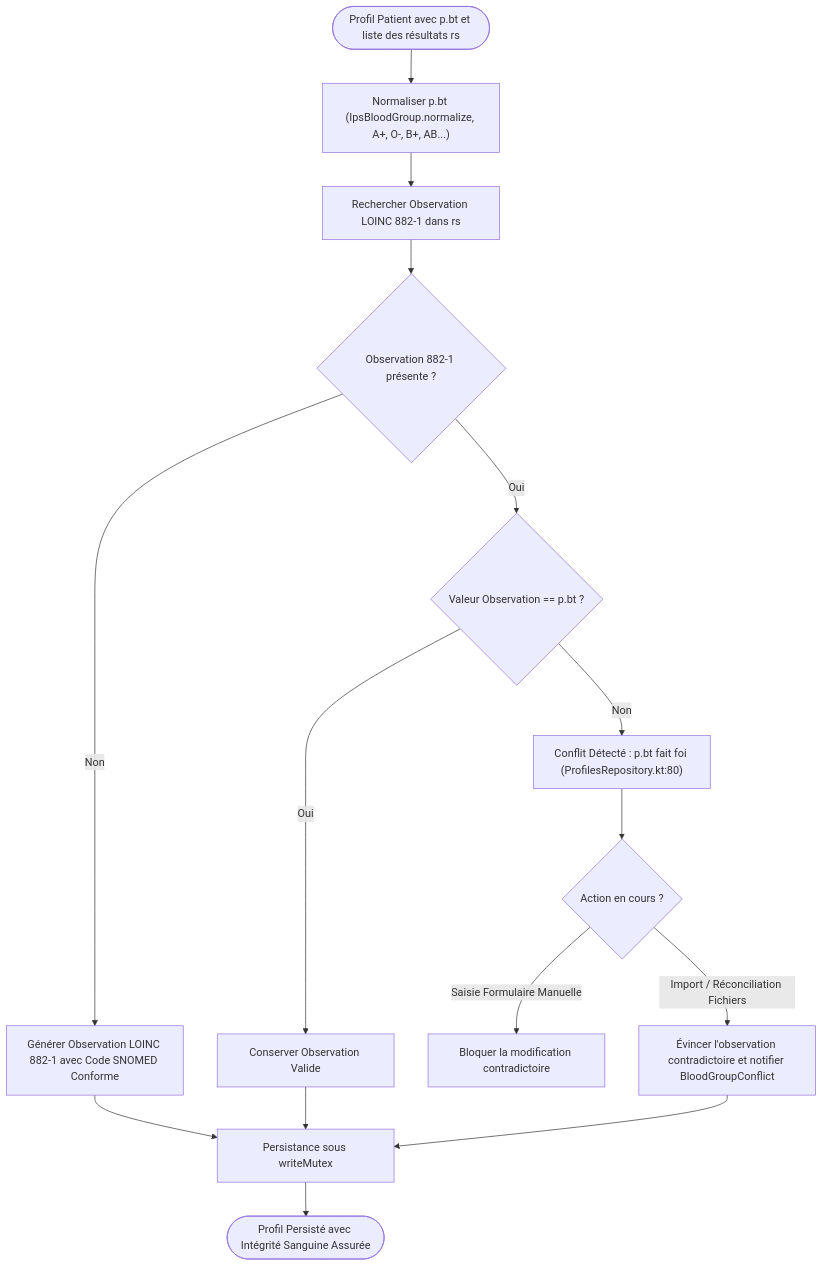
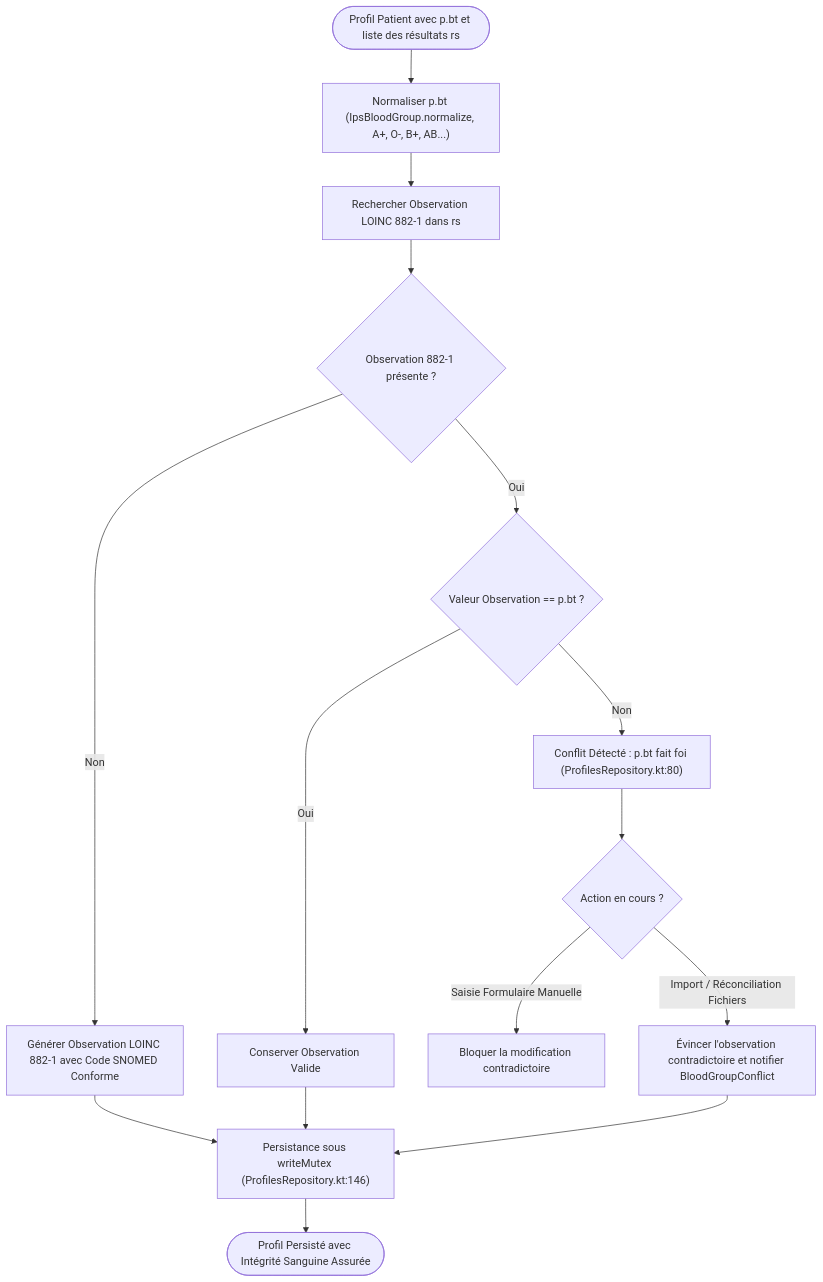
One commit to kurodohenroonsen/JemmaPass changed diagram 21 of 21 in docs/DOCUMENTATION_UML_FONCTIONNELLE.md. Above: the diagram before and after it, drawn with Mermaid. The commit also changed other lines of this file and 1 other file, not shown here.

````diff
--- a/docs/DOCUMENTATION_UML_FONCTIONNELLE.md
+++ b/docs/DOCUMENTATION_UML_FONCTIONNELLE.md
@@ -905,21 +908,21 @@
 ```mermaid
 flowchart TD
     Start(["Profil Patient avec p.bt et liste des résultats rs"]) --> NormBT["Normaliser p.bt (IpsBloodGroup.normalize, A+, O-, B+, AB...)"]
     NormBT --> ScanObs["Rechercher Observation LOINC 882-1 dans rs"]
     
     ScanObs --> ObsPresent{"Observation 882-1 présente ?"}
     ObsPresent -- Non --> GenerateObs["Générer Observation LOINC 882-1 avec Code SNOMED Conforme"]
     
     ObsPresent -- Oui --> Compare{"Valeur Observation == p.bt ?"}
     Compare -- Oui --> Consistent["Conserver Observation Valide"]
     Compare -- Non --> ConflictDetected["Conflit Détecté : p.bt fait foi (ProfilesRepository.kt:80)"]
     
     ConflictDetected --> IsManualEdit{"Action en cours ?"}
     IsManualEdit -- "Saisie Formulaire Manuelle" --> RejectEdit["Bloquer la modification contradictoire"]
     IsManualEdit -- "Import / Réconciliation Fichiers" --> DropContradictory["Évincer l'observation contradictoire et notifier BloodGroupConflict"]
     
-    GenerateObs --> SaveProfile["Persistance sous writeMutex"]
+    GenerateObs --> SaveProfile["Persistance sous writeMutex (ProfilesRepository.kt:146)"]
     Consistent --> SaveProfile
     DropContradictory --> SaveProfile
     SaveProfile --> Finish(["Profil Persisté avec Intégrité Sanguine Assurée"])
 ```
````
